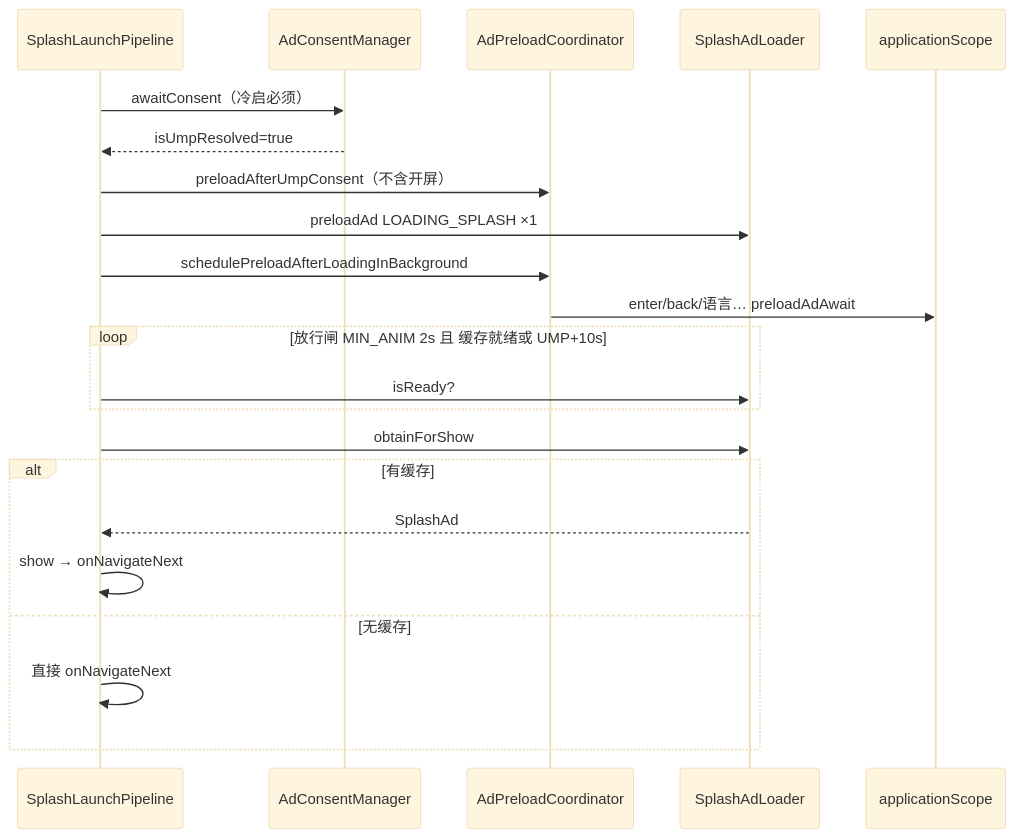
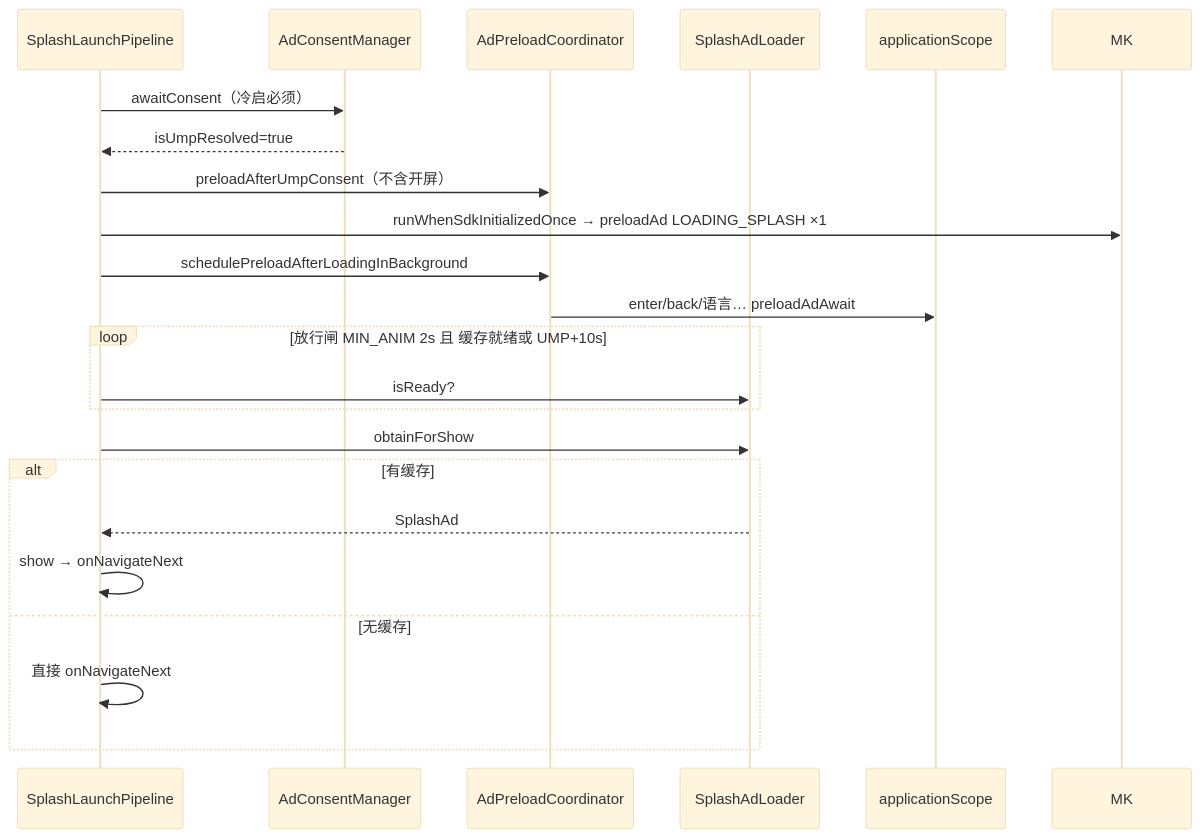
The diagram in admob广告/splash-loading.md (captainGithubAccount/skill), drawn with Mermaid (base theme) before and after one commit. The commit also changed other lines of this file and 8 other files, not shown here.

````diff
--- a/admob广告/splash-loading.md
+++ b/admob广告/splash-loading.md
@@ -12,25 +12,25 @@
 ```mermaid
 sequenceDiagram
     participant S as SplashLaunchPipeline
     participant UMP as AdConsentManager
     participant C as AdPreloadCoordinator
     participant L as SplashAdLoader
     participant BG as applicationScope
 
     S->>UMP: awaitConsent（冷启必须）
     UMP-->>S: isUmpResolved=true
     S->>C: preloadAfterUmpConsent（不含开屏）
-    S->>L: preloadAd LOADING_SPLASH ×1
+    S->>MK: runWhenSdkInitializedOnce → preloadAd LOADING_SPLASH ×1
     S->>C: schedulePreloadAfterLoadingInBackground
     C->>BG: enter/back/语言… preloadAdAwait
     loop 放行闸 MIN_ANIM 2s 且 缓存就绪或 UMP+10s
         S->>L: isReady?
     end
     S->>L: obtainForShow
     alt 有缓存
         L-->>S: SplashAd
         S->>S: show → onNavigateNext
     else 无缓存
         S->>S: 直接 onNavigateNext
     end
 ```
````
